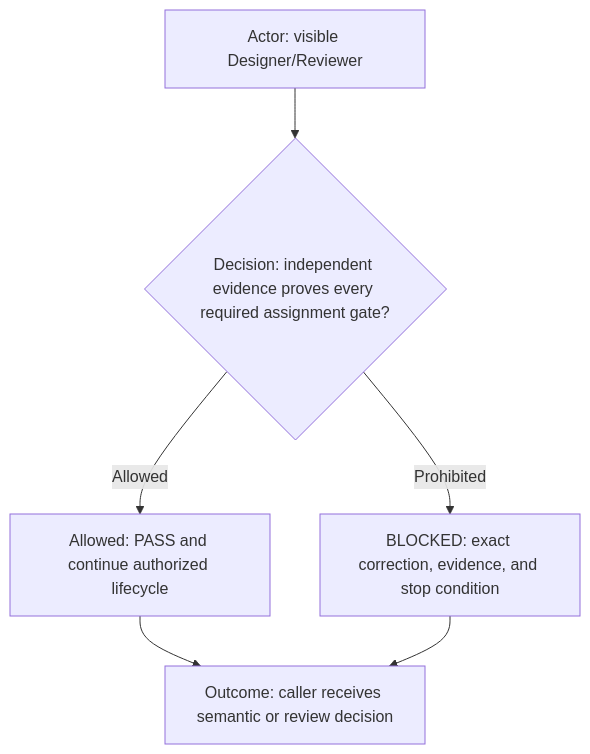
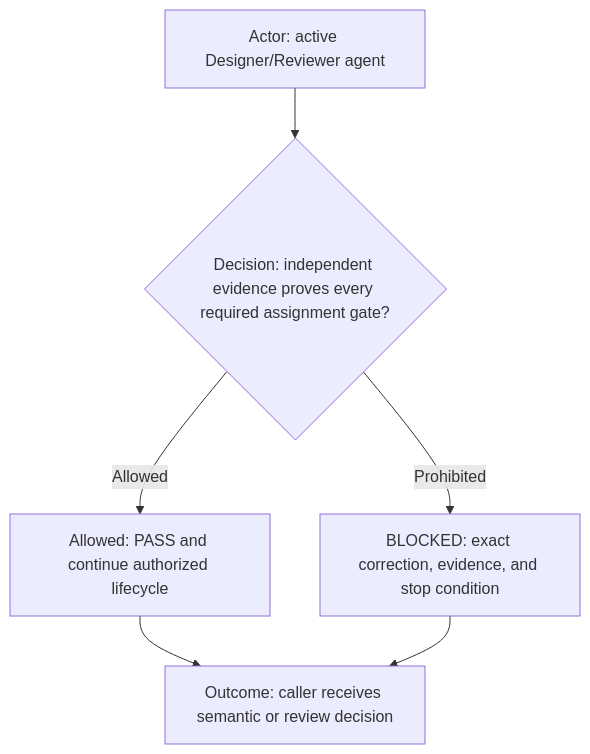
Before and after one commit to starodubtsevconsulting/ai-fleas: diagram 21 of 21 in ai-workflows/_common/roles/designer-reviewer.md, drawn with Mermaid. The commit also changed other lines of this file and 15 other files, not shown here.

````diff
--- a/ai-workflows/_common/roles/designer-reviewer.md
+++ b/ai-workflows/_common/roles/designer-reviewer.md
@@ -517,8 +517,8 @@
 ```mermaid
 flowchart TD
-  Actor["Actor: visible Designer/Reviewer"] --> Decision{"Decision: independent evidence proves every required assignment gate?"}
+  Actor["Actor: active Designer/Reviewer agent"] --> Decision{"Decision: independent evidence proves every required assignment gate?"}
   Decision -->|Allowed| Route["Allowed: PASS and continue authorized lifecycle"]
   Decision -->|Prohibited| Blocked["BLOCKED: exact correction, evidence, and stop condition"]
   Route --> Outcome["Outcome: caller receives semantic or review decision"]
   Blocked --> Outcome
 ```
````
